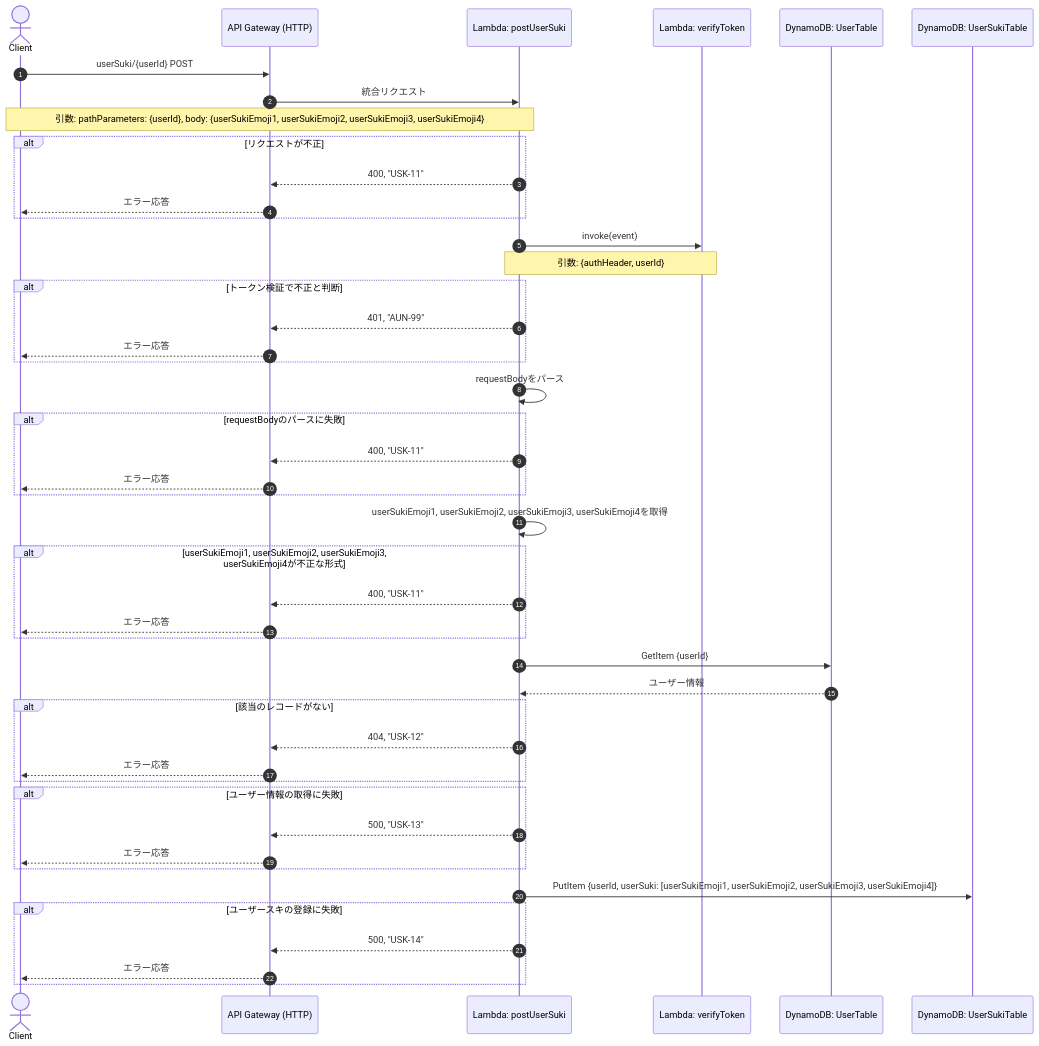
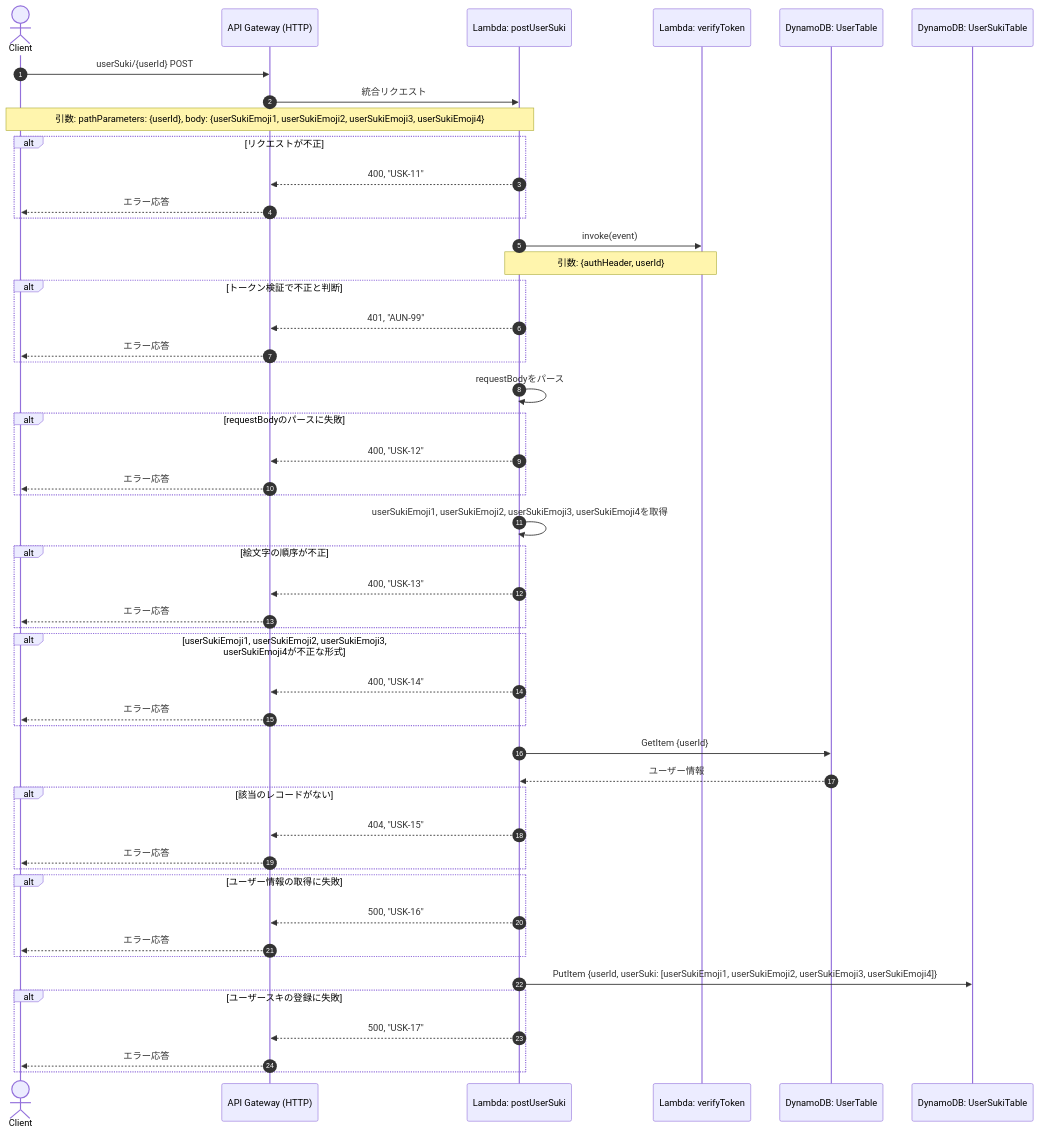
Before and after one commit to kagamaru/wordless-backend-rest-api: diagram 15 of 15 in README.md, drawn with Mermaid. The commit also changed other lines of this file and 2 other files, not shown here.

````diff
--- a/README.md
+++ b/README.md
@@ -1002,54 +1002,58 @@
 ```mermaid
 sequenceDiagram
   autonumber
   actor Client
   participant APIGW as API Gateway (HTTP)
   participant FE as Lambda: postUserSuki
   participant VT as Lambda: verifyToken
   participant UDB as DynamoDB: UserTable
   participant USK as DynamoDB: UserSukiTable
 
   Client->>APIGW: userSuki/{userId} POST
   APIGW->>FE: 統合リクエスト
   note over Client, FE: 引数: pathParameters: {userId}, body: {userSukiEmoji1, userSukiEmoji2, userSukiEmoji3, userSukiEmoji4}
   alt リクエストが不正
     FE-->>APIGW: 400, "USK-11"
     APIGW-->>Client: エラー応答
   end
 
   FE->>VT: invoke(event)
   note over FE, VT: 引数: {authHeader, userId}
   alt トークン検証で不正と判断
     FE-->>APIGW: 401, "AUN-99"
     APIGW-->>Client: エラー応答
   end
 
   FE->>FE: requestBodyをパース
   alt requestBodyのパースに失敗
-    FE-->>APIGW: 400, "USK-11"
+    FE-->>APIGW: 400, "USK-12"
     APIGW-->>Client: エラー応答
   end
 
   FE->>FE: userSukiEmoji1, userSukiEmoji2, userSukiEmoji3, userSukiEmoji4を取得
+  alt 絵文字の順序が不正
+    FE-->>APIGW: 400, "USK-13"
+    APIGW-->>Client: エラー応答
+  end
   alt userSukiEmoji1, userSukiEmoji2, userSukiEmoji3, userSukiEmoji4が不正な形式
-    FE-->>APIGW: 400, "USK-11"
+    FE-->>APIGW: 400, "USK-14"
     APIGW-->>Client: エラー応答
   end
 
   FE->>UDB: GetItem {userId}
   UDB-->>FE: ユーザー情報
   alt 該当のレコードがない
-    FE-->>APIGW: 404, "USK-12"
+    FE-->>APIGW: 404, "USK-15"
     APIGW-->>Client: エラー応答
   end
   alt ユーザー情報の取得に失敗
-    FE-->>APIGW: 500, "USK-13"
+    FE-->>APIGW: 500, "USK-16"
     APIGW-->>Client: エラー応答
   end
 
   FE->>USK: PutItem {userId, userSuki: [userSukiEmoji1, userSukiEmoji2, userSukiEmoji3, userSukiEmoji4]}
   alt ユーザースキの登録に失敗
-    FE-->>APIGW: 500, "USK-14"
+    FE-->>APIGW: 500, "USK-17"
     APIGW-->>Client: エラー応答
   end
 ```
````
